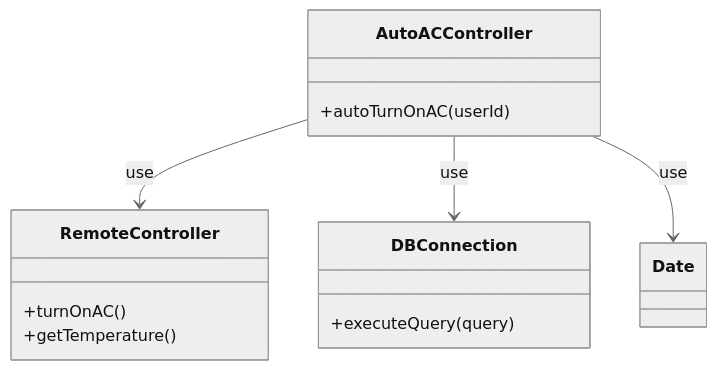
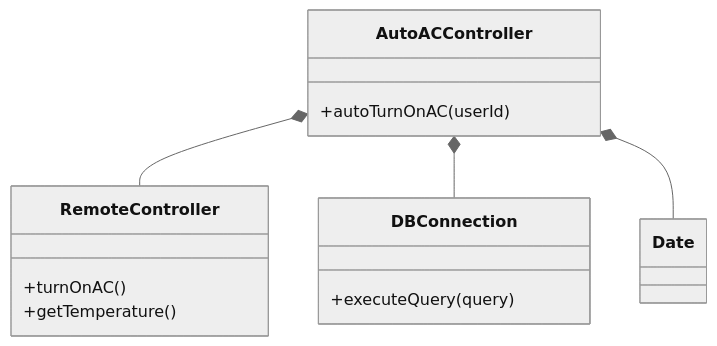
Before and after one commit to takeshita-yoshiteru-lvgs/adt-to-effect-ts: the first of 2 diagrams in src/2_SideEffect_for_EffectTS/020_dependency_graph.md, drawn with Mermaid (neutral theme).

Commit message:
Compositionに変更

````diff
--- a/src/2_SideEffect_for_EffectTS/020_dependency_graph.md
+++ b/src/2_SideEffect_for_EffectTS/020_dependency_graph.md
@@ -5,21 +5,21 @@
 ```mermaid
 
 classDiagram
 
   class AutoACController
   AutoACController: +autoTurnOnAC(userId)
 
   class DBConnection
   DBConnection: +executeQuery(query)
 
   class RemoteController
   RemoteController: +turnOnAC()
   RemoteController: +getTemperature()
 
 
-AutoACController --> RemoteController: use
-AutoACController --> DBConnection: use
-AutoACController --> Date: use
+AutoACController *-- RemoteController
+AutoACController *-- DBConnection
+AutoACController *-- Date
 
 
 ```
````
